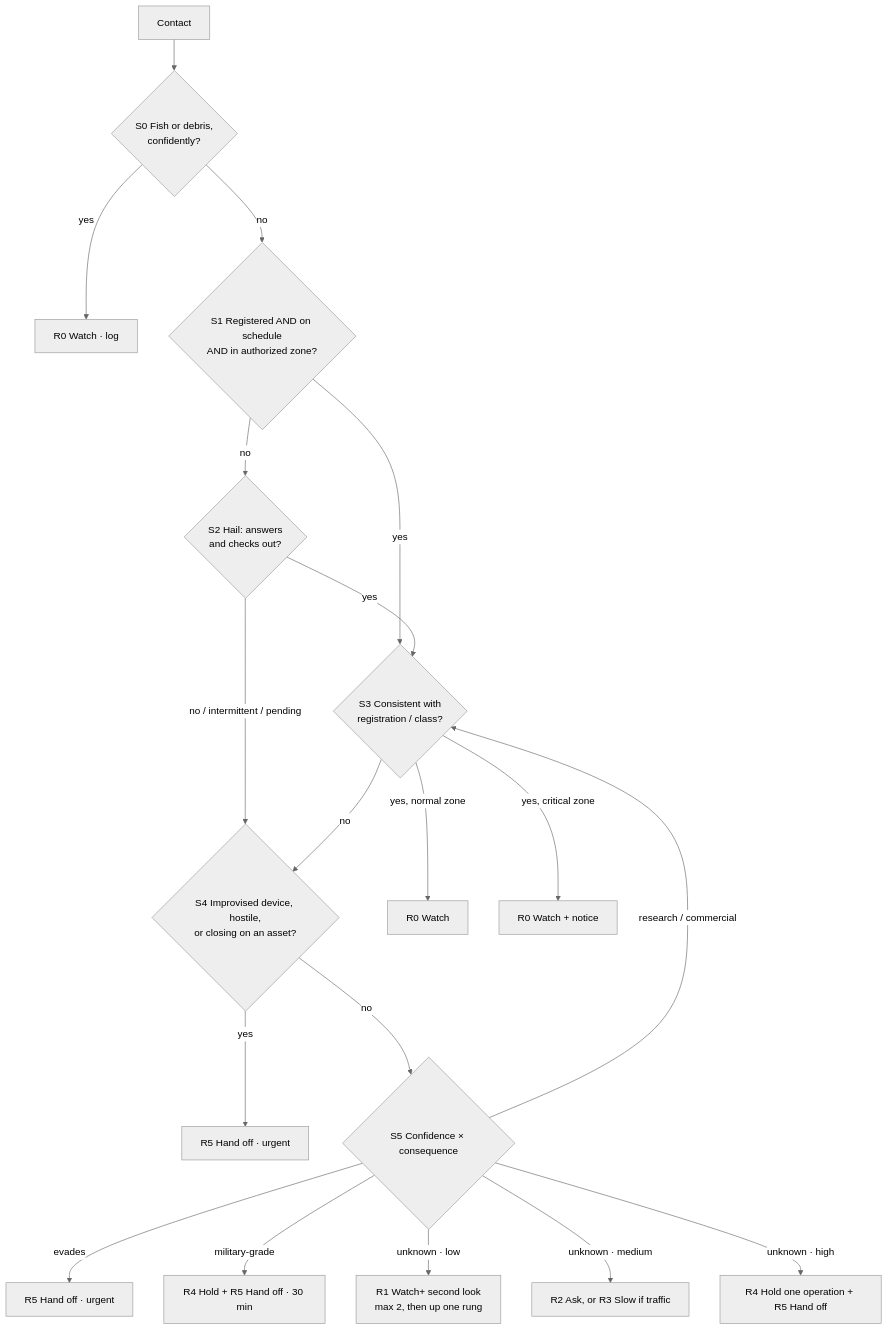
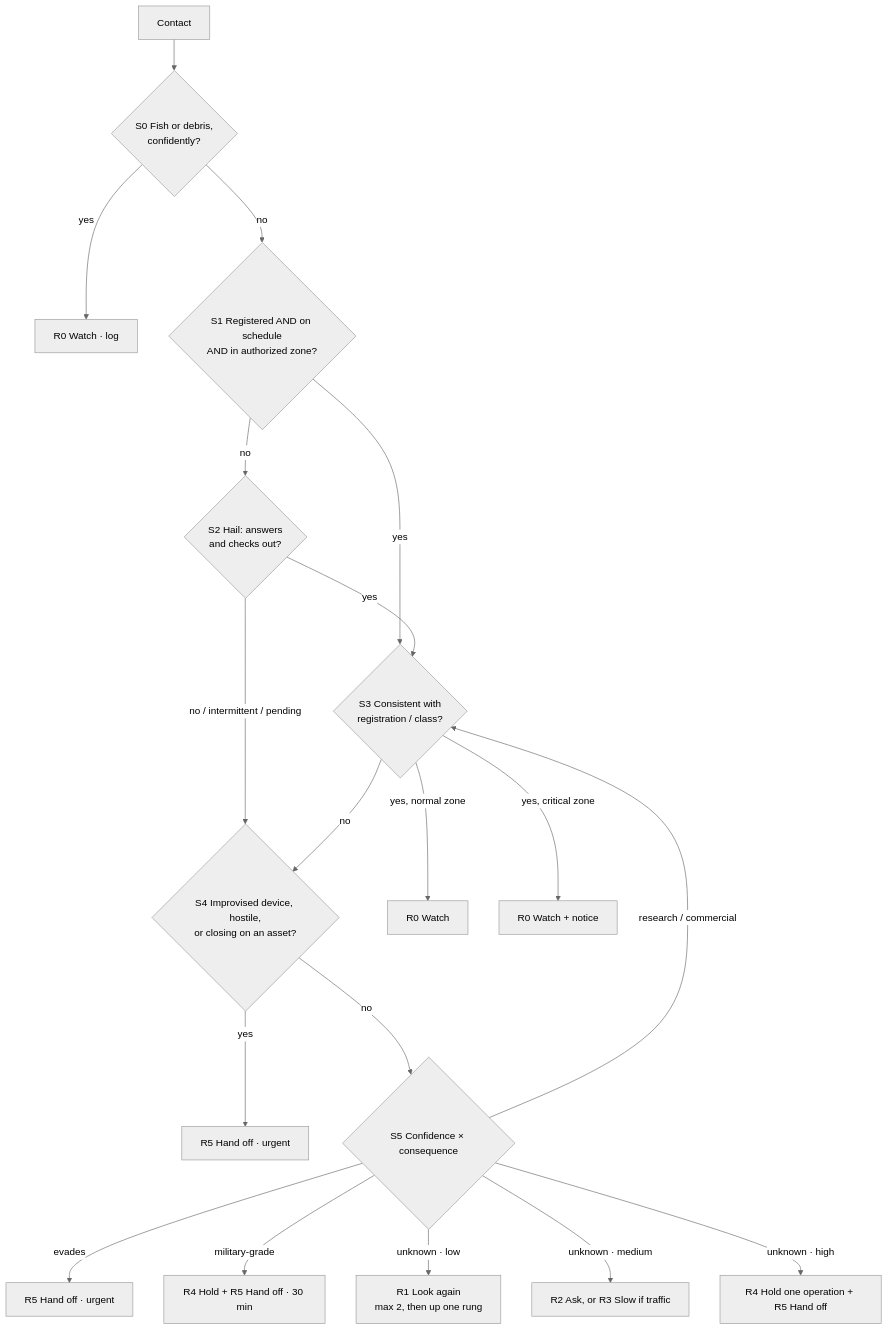
The second of 2 diagrams in README.md (kaushik-lankoji/quietwater), drawn with Mermaid (neutral theme) before and after one commit. The commit also changed other lines of this file and 3 other files, not shown here.

First line of the commit message:
Add advisor, jurisdiction, trend and CPA settings to the rules schema

````diff
--- a/README.md
+++ b/README.md
@@ -64,21 +64,21 @@
 ```mermaid
 flowchart TD
   C[Contact] --> S0{"S0 Fish or debris,<br/>confidently?"}
   S0 -- yes --> R0a[R0 Watch · log]
   S0 -- no --> S1{"S1 Registered AND on schedule<br/>AND in authorized zone?"}
   S1 -- yes --> S3
   S1 -- no --> S2{"S2 Hail: answers<br/>and checks out?"}
   S2 -- yes --> S3{"S3 Consistent with<br/>registration / class?"}
   S2 -- "no / intermittent / pending" --> S4
   S3 -- "yes, normal zone" --> R0b[R0 Watch]
   S3 -- "yes, critical zone" --> R0c[R0 Watch + notice]
   S3 -- no --> S4{"S4 Improvised device, hostile,<br/>or closing on an asset?"}
   S4 -- yes --> R5u[R5 Hand off · urgent]
   S4 -- no --> S5{"S5 Confidence × consequence"}
   S5 -- evades --> R5e[R5 Hand off · urgent]
   S5 -- "research / commercial" --> S3
   S5 -- "military-grade" --> R45m[R4 Hold + R5 Hand off · 30 min]
-  S5 -- "unknown · low" --> R1["R1 Watch+ second look<br/>max 2, then up one rung"]
+  S5 -- "unknown · low" --> R1["R1 Look again<br/>max 2, then up one rung"]
   S5 -- "unknown · medium" --> R23["R2 Ask, or R3 Slow if traffic"]
   S5 -- "unknown · high" --> R45[R4 Hold one operation + R5 Hand off]
 ```
````
